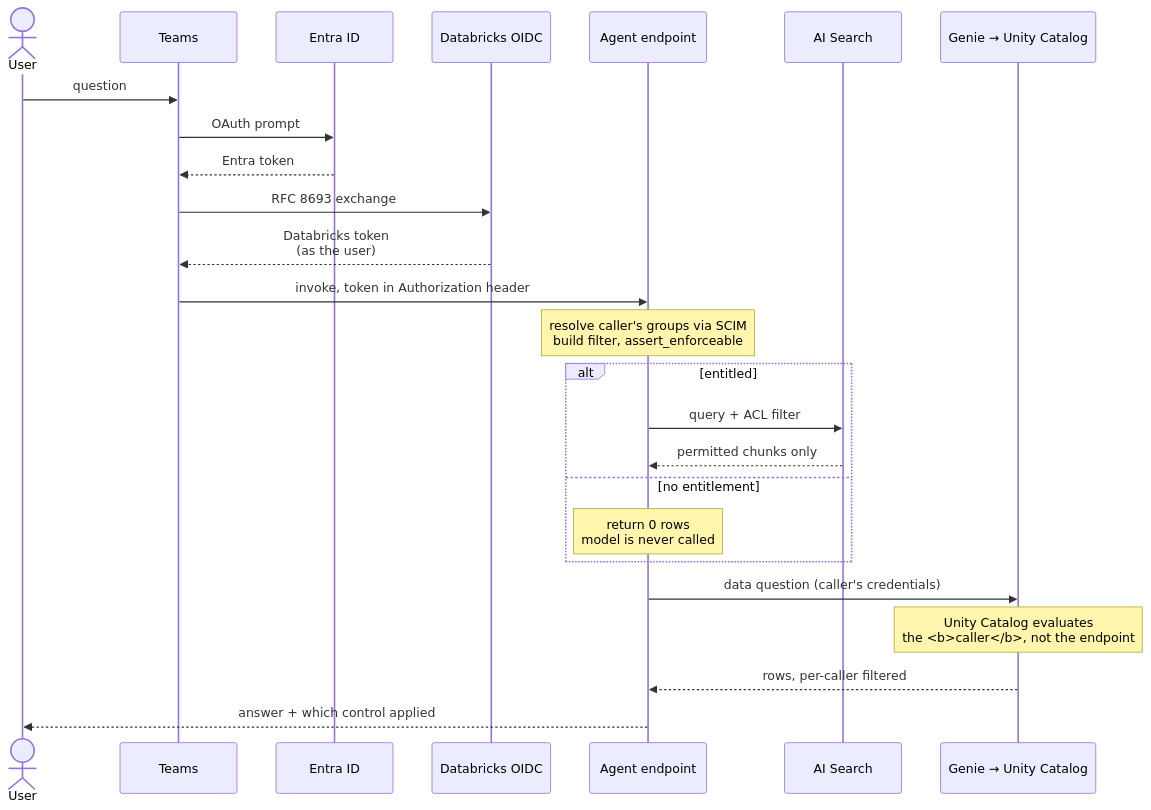
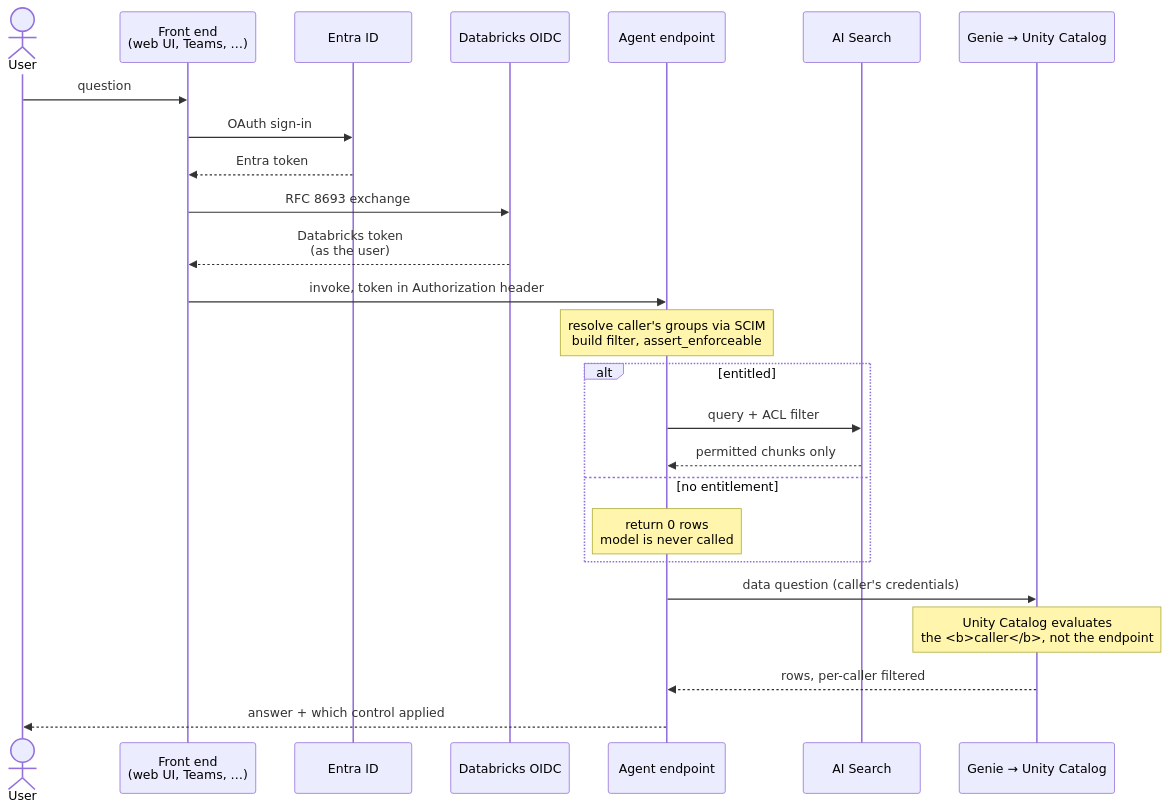
One commit to OneDNA/blog-databricks-rag-rls changed the diagram in article/row-level-security.md. Above: the diagram before and after it, drawn with Mermaid. The commit also changed other lines of this file and 7 other files, not shown here.

````diff
--- a/article/row-level-security.md
+++ b/article/row-level-security.md
@@ -455,28 +457,28 @@
 ```mermaid
 sequenceDiagram
     actor U as User
-    participant T as Teams
+    participant T as Front end<br/>(web UI, Teams, …)
     participant E as Entra ID
     participant D as Databricks OIDC
     participant A as Agent endpoint
     participant S as AI Search
     participant G as Genie → Unity Catalog
 
     U->>T: question
-    T->>E: OAuth prompt
+    T->>E: OAuth sign-in
     E-->>T: Entra token
     T->>D: RFC 8693 exchange
     D-->>T: Databricks token <br/>(as the user)
     T->>A: invoke, token in Authorization header
     Note over A: resolve caller's groups via SCIM<br/>build filter, assert_enforceable
     alt entitled
         A->>S: query + ACL filter
         S-->>A: permitted chunks only
     else no entitlement
         Note over A: return 0 rows<br/>model is never called
     end
     A->>G: data question (caller's credentials)
     Note over G: Unity Catalog evaluates<br/>the <b>caller</b>, not the endpoint
     G-->>A: rows, per-caller filtered
     A-->>U: answer + which control applied
 ```
````
